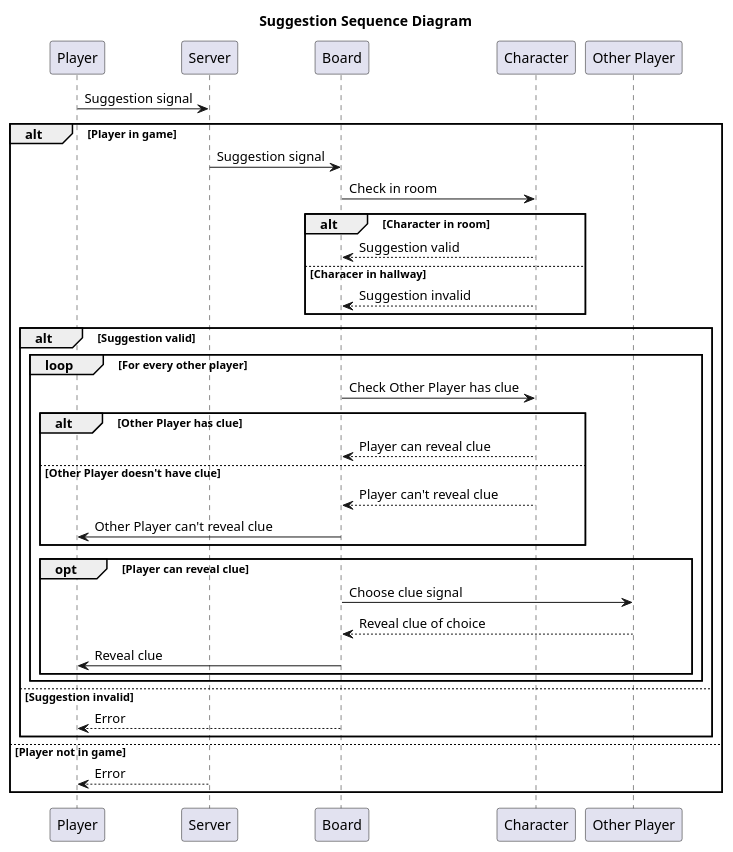
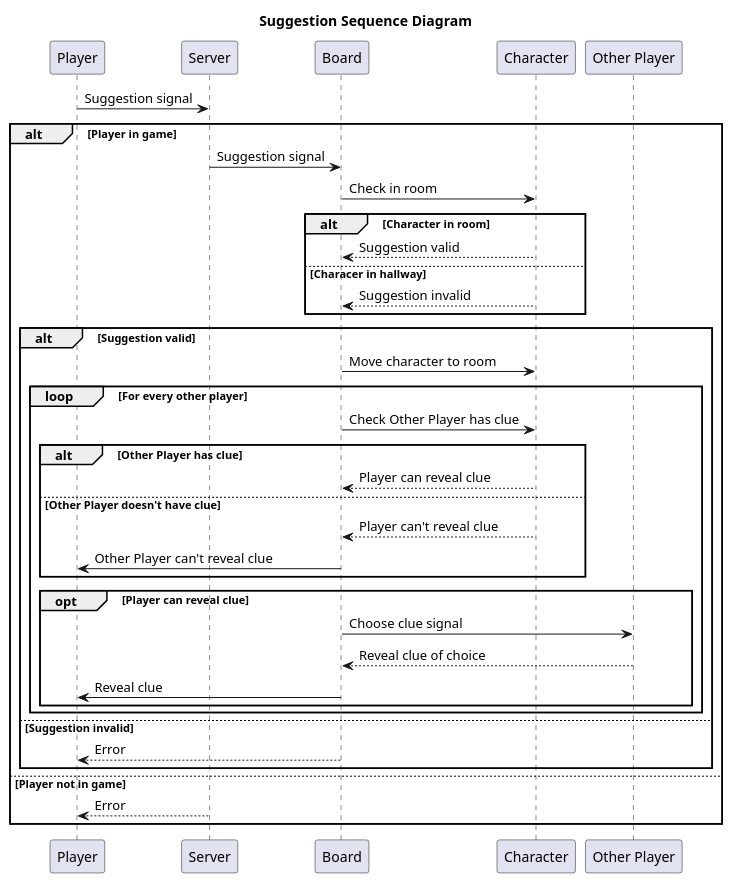
One commit to jedge3/Clueless changed the diagram in diagrams/suggestion.plantuml. Above: the diagram before and after it, drawn with PlantUML. The commit also changed 1 other file, not shown here.

Commit message:
Modify diagrams

```diff
--- a/diagrams/suggestion.plantuml
+++ b/diagrams/suggestion.plantuml
@@ -1,33 +1,34 @@
 @startuml Sequence Diagram
 title Suggestion Sequence Diagram
 Player -> Server: Suggestion signal
 alt Player in game
     Server -> Board: Suggestion signal
     Board -> Character: Check in room
     alt Character in room
         Character --> Board: Suggestion valid
     else Characer in hallway
         Character --> Board: Suggestion invalid
     end
     alt Suggestion valid
+        Board -> Character: Move character to room
         loop For every other player
             Board -> Character: Check Other Player has clue
             alt Other Player has clue
                 Character --> Board: Player can reveal clue
             else Other Player doesn't have clue
                 Character --> Board: Player can't reveal clue
                 Board -> Player: Other Player can't reveal clue
             end
             opt Player can reveal clue
                 Board -> "Other Player": Choose clue signal
                 "Other Player" --> Board: Reveal clue of choice
                 Board -> Player: Reveal clue
             end
         end
     else Suggestion invalid
         Board --> Player: Error
     end
 else Player not in game
     Server --> Player: Error
 end
 @enduml
```
